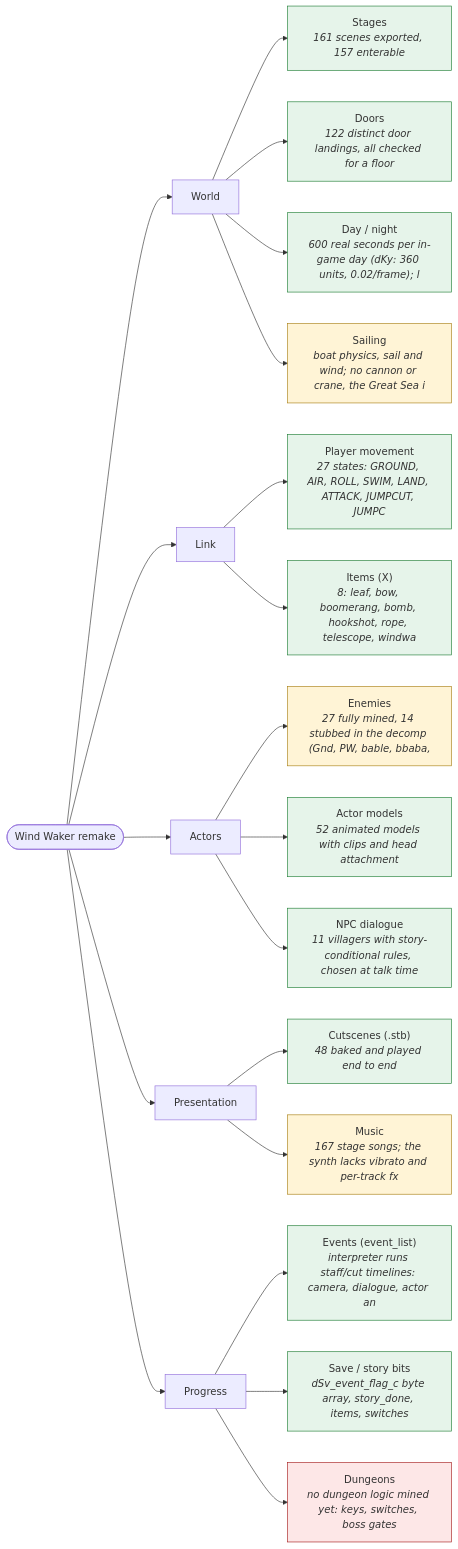
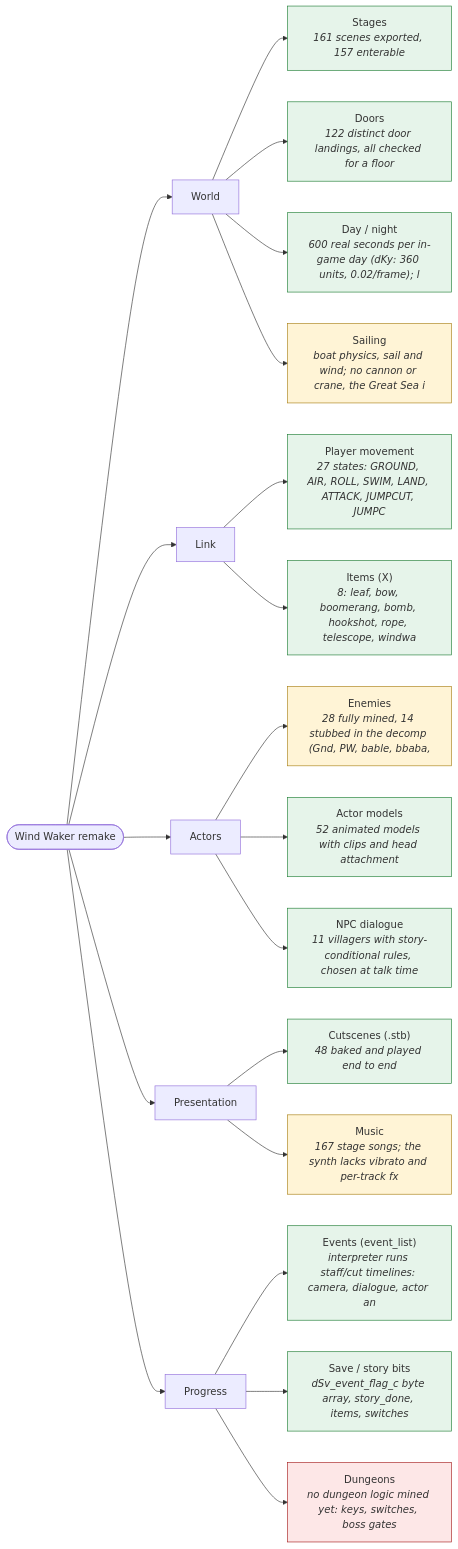
The first of 2 diagrams in docs/game_map.md (Felbs/3d-ripper-9000), drawn with Mermaid before and after one commit. The commit also changed other lines of this file and 2 other files, not shown here.

````diff
--- a/docs/game_map.md
+++ b/docs/game_map.md
@@ -12,40 +12,40 @@
 ```mermaid
 flowchart LR
     classDef ok fill:#e6f4ea,stroke:#1e7d34;
     classDef partial fill:#fff4d6,stroke:#a97f13;
     classDef missing fill:#fde7e7,stroke:#a51b1b;
     GAME(["Wind Waker remake"])
     GAME --> G0["World"]
     G0 --> G0_0["Stages<br/><i>161 scenes exported, 157 enterable</i>"]
     class G0_0 ok;
     G0 --> G0_1["Doors<br/><i>122 distinct door landings, all checked for a floor</i>"]
     class G0_1 ok;
     G0 --> G0_2["Day / night<br/><i>600 real seconds per in-game day (dKy: 360 units, 0.02/frame); l</i>"]
     class G0_2 ok;
     G0 --> G0_3["Sailing<br/><i>boat physics, sail and wind; no cannon or crane, the Great Sea i</i>"]
     class G0_3 partial;
     GAME --> G1["Link"]
     G1 --> G1_0["Player movement<br/><i>27 states: GROUND, AIR, ROLL, SWIM, LAND, ATTACK, JUMPCUT, JUMPC</i>"]
     class G1_0 ok;
     G1 --> G1_1["Items (X)<br/><i>8: leaf, bow, boomerang, bomb, hookshot, rope, telescope, windwa</i>"]
     class G1_1 ok;
     GAME --> G2["Actors"]
-    G2 --> G2_0["Enemies<br/><i>27 fully mined, 14 stubbed in the decomp (Gnd, PW, bable, bbaba,</i>"]
+    G2 --> G2_0["Enemies<br/><i>28 fully mined, 14 stubbed in the decomp (Gnd, PW, bable, bbaba,</i>"]
     class G2_0 partial;
     G2 --> G2_1["Actor models<br/><i>52 animated models with clips and head attachment</i>"]
     class G2_1 ok;
     G2 --> G2_2["NPC dialogue<br/><i>11 villagers with story-conditional rules, chosen at talk time</i>"]
     class G2_2 ok;
     GAME --> G3["Presentation"]
     G3 --> G3_0["Cutscenes (.stb)<br/><i>48 baked and played end to end</i>"]
     class G3_0 ok;
     G3 --> G3_1["Music<br/><i>167 stage songs; the synth lacks vibrato and per-track fx</i>"]
     class G3_1 partial;
     GAME --> G4["Progress"]
     G4 --> G4_0["Events (event_list)<br/><i>interpreter runs staff/cut timelines: camera, dialogue, actor an</i>"]
     class G4_0 ok;
     G4 --> G4_1["Save / story bits<br/><i>dSv_event_flag_c byte array, story_done, items, switches</i>"]
     class G4_1 ok;
     G4 --> G4_2["Dungeons<br/><i>no dungeon logic mined yet: keys, switches, boss gates</i>"]
     class G4_2 missing;
 ```
````
